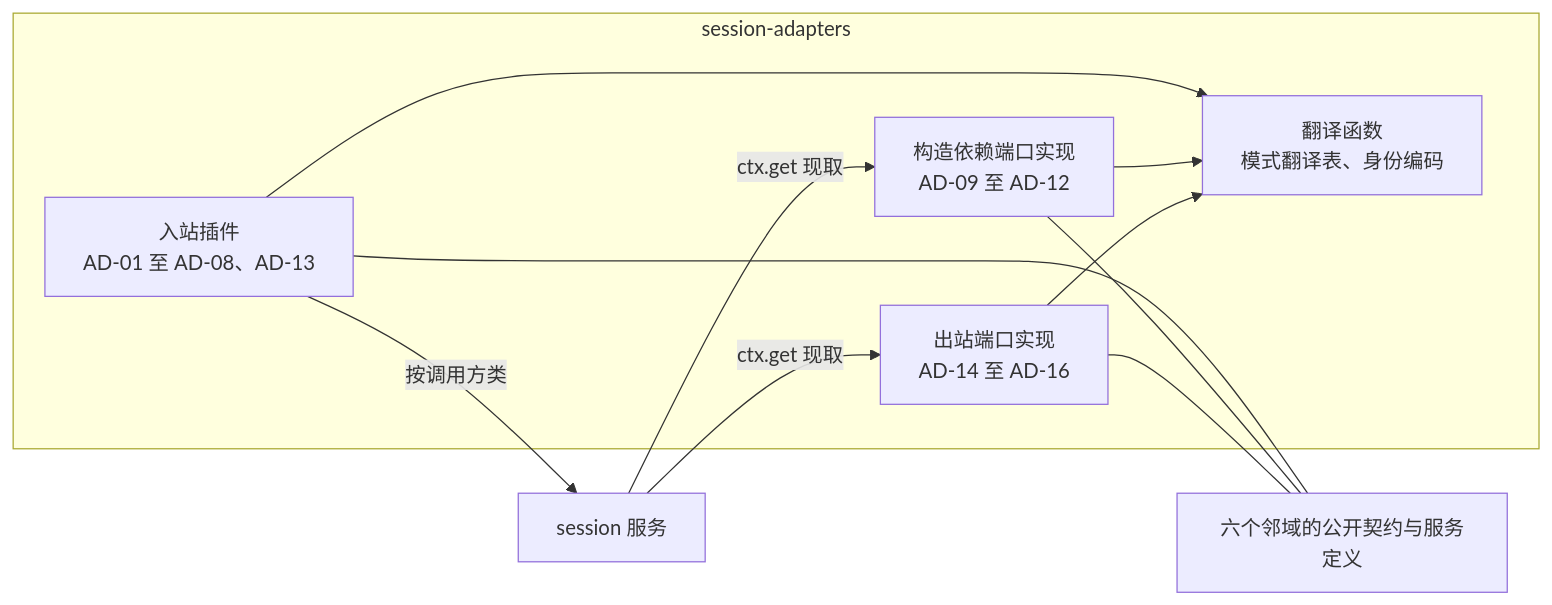
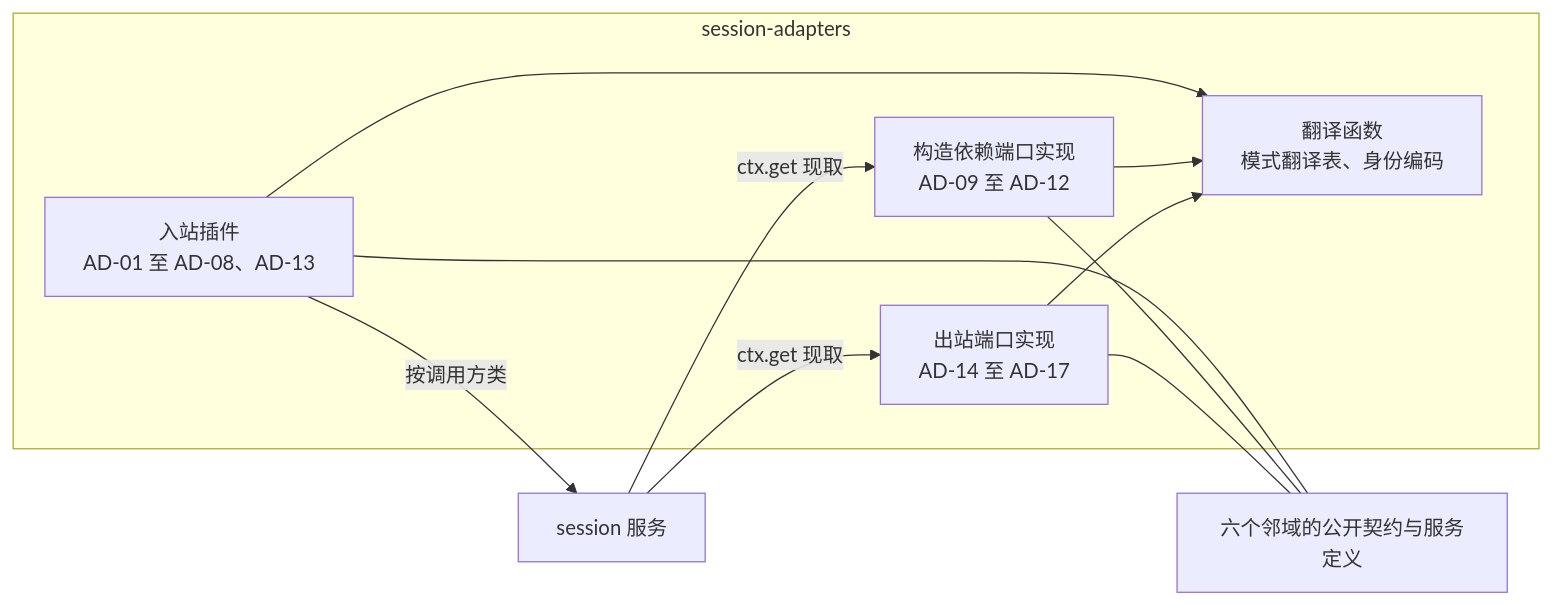
Before and after one commit to nemori-ai/omne-harness-lite: the diagram in packages/session/session-adapters/docs/architecture.md, drawn with Mermaid. The commit also changed other lines of this file and 7 other files, not shown here.

````diff
--- a/packages/session/session-adapters/docs/architecture.md
+++ b/packages/session/session-adapters/docs/architecture.md
@@ -28,18 +28,18 @@
 ```mermaid
 flowchart LR
   subgraph Adapters[session-adapters]
     In[入站插件<br/>AD-01 至 AD-08、AD-13]
     Ports[构造依赖端口实现<br/>AD-09 至 AD-12]
-    Out[出站端口实现<br/>AD-14 至 AD-16]
+    Out[出站端口实现<br/>AD-14 至 AD-17]
     Tr[翻译函数<br/>模式翻译表、身份编码]
   end
   In --> Tr
   Ports --> Tr
   Out --> Tr
   In -->|按调用方类| Session[session 服务]
   Session -->|ctx.get 现取| Ports
   Session -->|ctx.get 现取| Out
   In --- Neighbors[六个邻域的公开契约与服务定义]
   Ports --- Neighbors
   Out --- Neighbors
 ```
````
